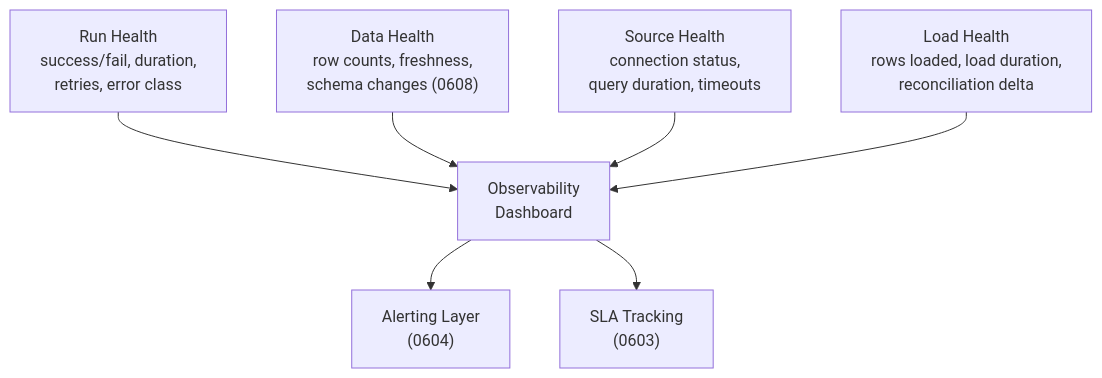
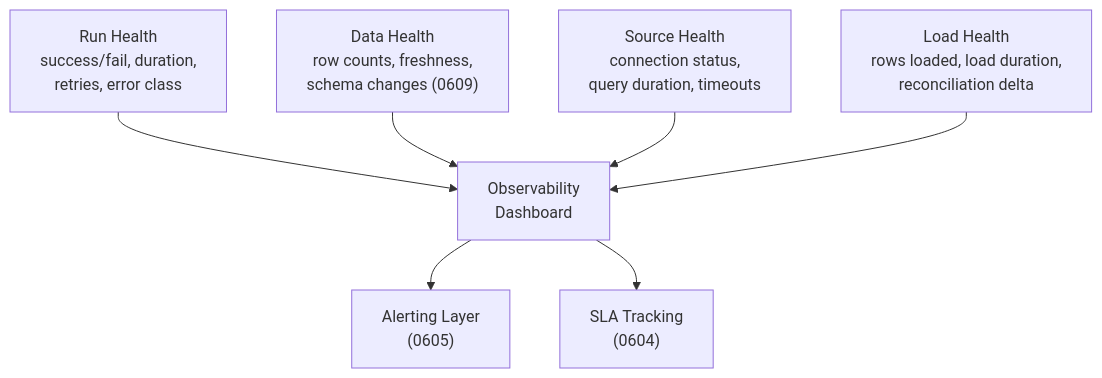
Before and after one commit to alonsoburon/libro_el: the diagram in 06-operating-the-pipeline/0601-monitoring-observability.md, drawn with Mermaid. The commit also changed other lines of this file and 46 other files, not shown here.

````diff
--- a/06-operating-the-pipeline/0601-monitoring-observability.md
+++ b/06-operating-the-pipeline/0601-monitoring-observability.md
@@ -87,9 +87,9 @@
 ```mermaid
 flowchart TD
     run["Run Health<br/>success/fail, duration,<br/>retries, error class"] --> dash["Observability<br/>Dashboard"]
-    data["Data Health<br/>row counts, freshness,<br/>schema changes (0608)"] --> dash
+    data["Data Health<br/>row counts, freshness,<br/>schema changes (0609)"] --> dash
     src["Source Health<br/>connection status,<br/>query duration, timeouts"] --> dash
     load["Load Health<br/>rows loaded, load duration,<br/>reconciliation delta"] --> dash
-    dash --> alert["Alerting Layer<br/>(0604)"]
-    dash --> sla["SLA Tracking<br/>(0603)"]
+    dash --> alert["Alerting Layer<br/>(0605)"]
+    dash --> sla["SLA Tracking<br/>(0604)"]
 ```
````
